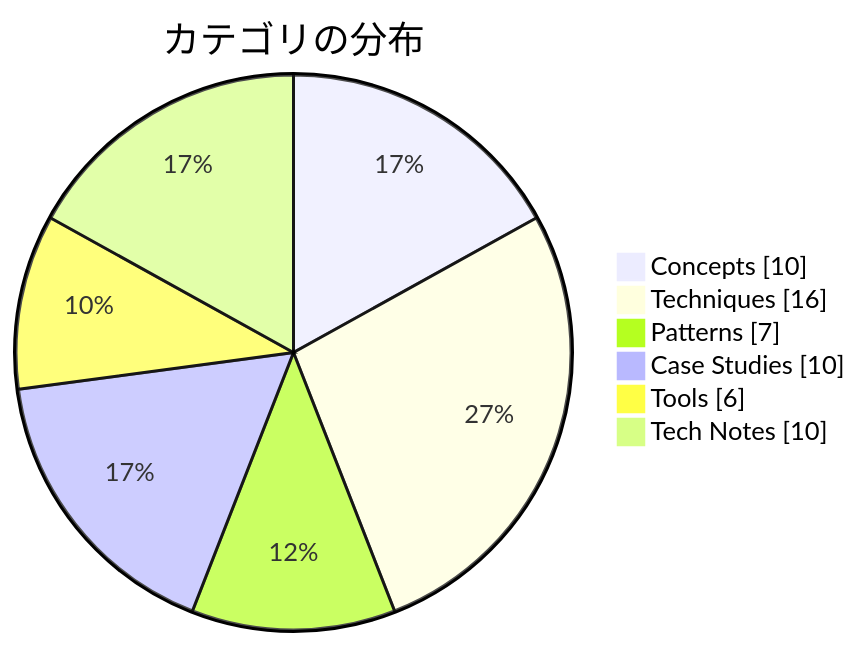
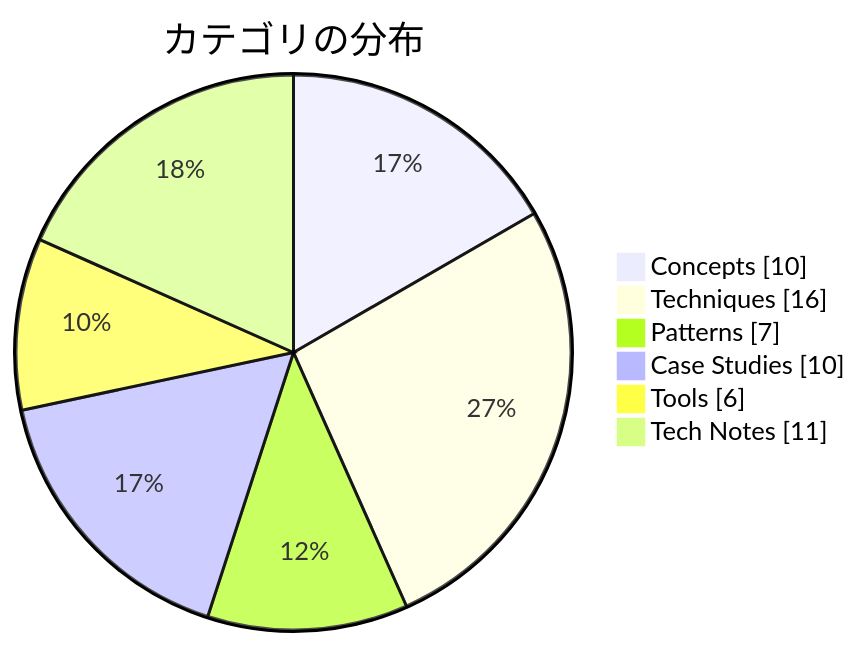
One commit to dinekt/dinekt-wiki changed the second of 2 diagrams in docs/index.md. Above: the diagram before and after it, drawn with Mermaid. The commit also changed other lines of this file and 5 other files, not shown here.

````diff
--- a/docs/index.md
+++ b/docs/index.md
@@ -37,9 +37,9 @@
 ```mermaid
 pie showData title カテゴリの分布
     "Concepts" : 10
     "Techniques" : 16
     "Patterns" : 7
     "Case Studies" : 10
     "Tools" : 6
-    "Tech Notes" : 10
+    "Tech Notes" : 11
 ```
````
